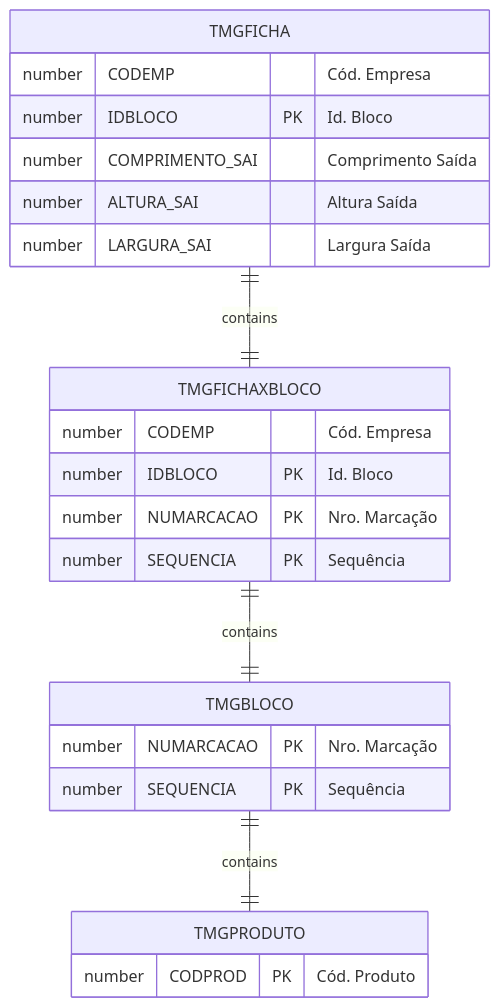
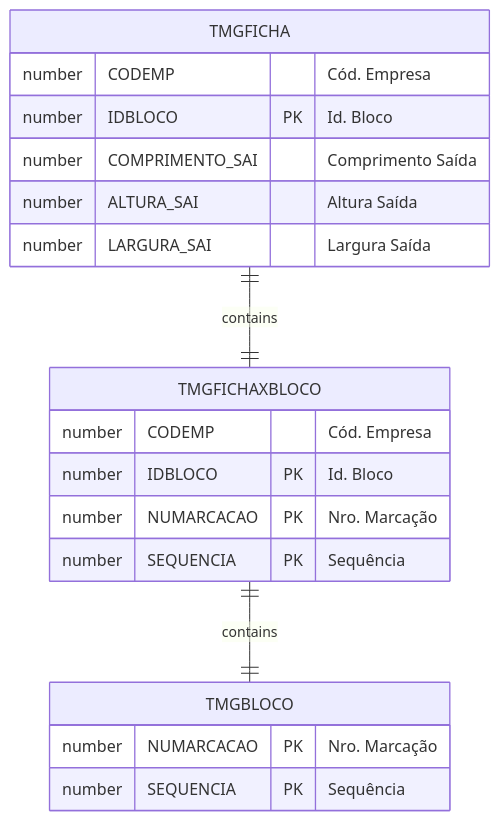
Before and after one commit to cbmsoft/margrandocs: the diagram in docs/_database/TMGFICHA.md, drawn with Mermaid. The commit also changed other lines of this file and 11 other files, not shown here.

````diff
--- a/docs/_database/TMGFICHA.md
+++ b/docs/_database/TMGFICHA.md
@@ -26,27 +39,23 @@
 ```mermaid
 erDiagram
     TMGFICHA ||--|| TMGFICHAXBLOCO : contains
     TMGFICHAXBLOCO ||--|| TMGBLOCO : contains
-    TMGBLOCO ||--|| TMGPRODUTO : contains
 
     TMGFICHA {
         number CODEMP "Cód. Empresa"
         number IDBLOCO PK "Id. Bloco"
         number COMPRIMENTO_SAI "Comprimento Saída"
         number ALTURA_SAI "Altura Saída"
         number LARGURA_SAI "Largura Saída"
     }
     TMGFICHAXBLOCO {
         number CODEMP "Cód. Empresa"
         number IDBLOCO PK "Id. Bloco"
         number NUMARCACAO PK "Nro. Marcação"
         number SEQUENCIA PK "Sequência"
     }
     TMGBLOCO {
         number NUMARCACAO PK "Nro. Marcação"
         number SEQUENCIA PK "Sequência"
     }
-    TMGPRODUTO {
-        number CODPROD PK "Cód. Produto"
-    }
 ```
````
